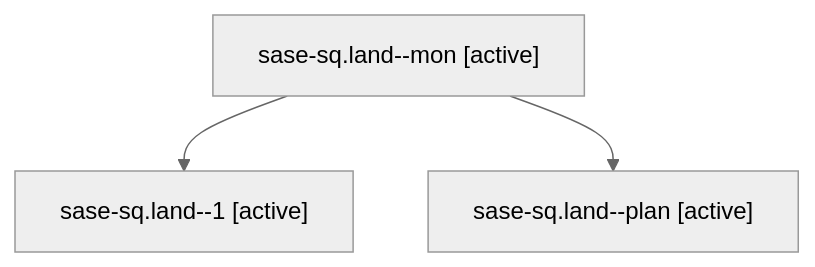
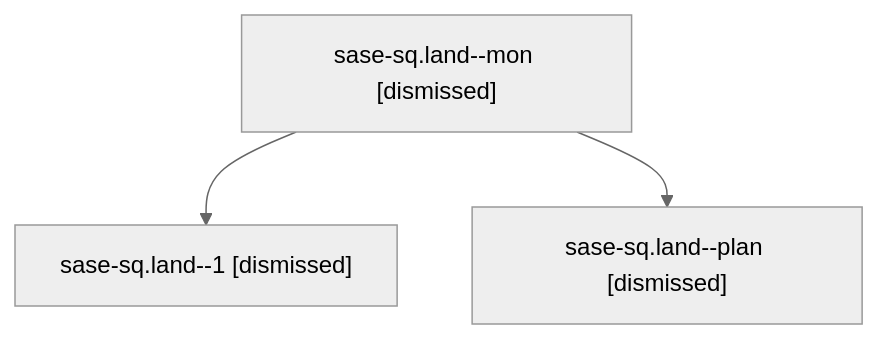
The diagram in sessions/bbugyi200.athena.sase-sq.land.md (sase-org/sase--agents), drawn with Mermaid (neutral theme) before and after one commit. The commit also changed other lines of this file and 189 other files, not shown here.

````diff
--- a/sessions/bbugyi200.athena.sase-sq.land.md
+++ b/sessions/bbugyi200.athena.sase-sq.land.md
@@ -9,8 +9,8 @@
 ```mermaid
 flowchart TD
-  n0["sase-sq.land--mon [active]"]
-  n1["sase-sq.land--1 [active]"]
+  n0["sase-sq.land--mon [dismissed]"]
+  n1["sase-sq.land--1 [dismissed]"]
   n0 --> n1
-  n2["sase-sq.land--plan [active]"]
+  n2["sase-sq.land--plan [dismissed]"]
   n0 --> n2
 ```
````
